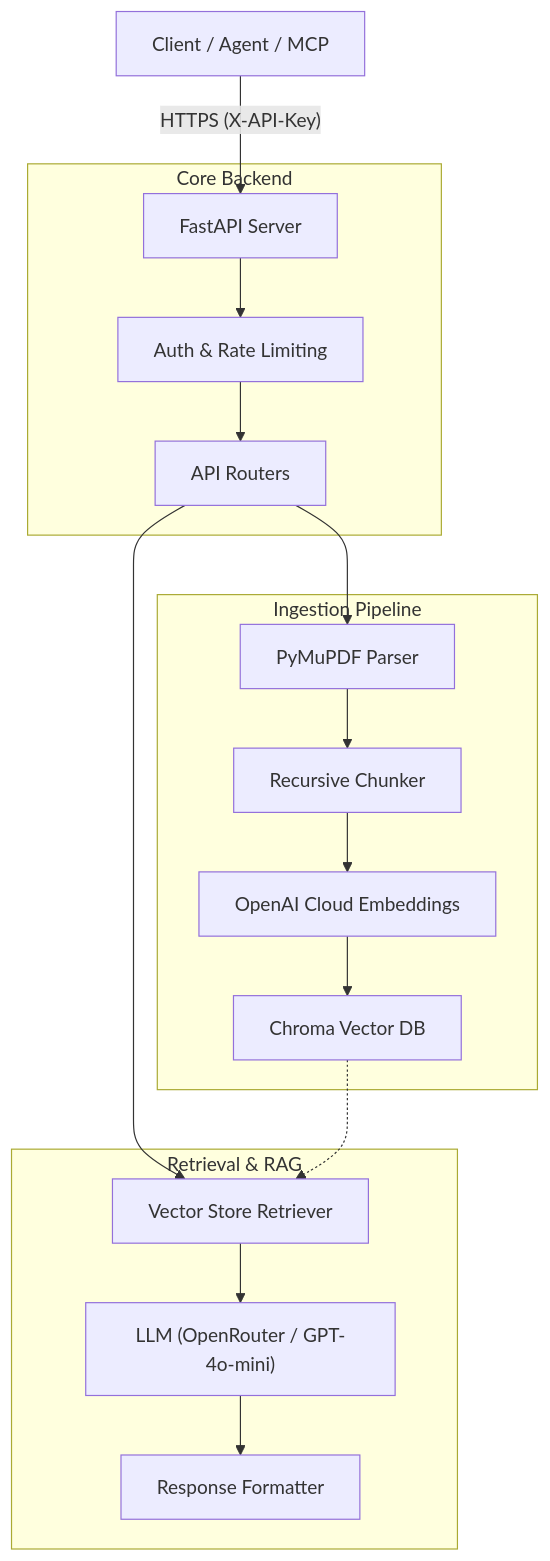
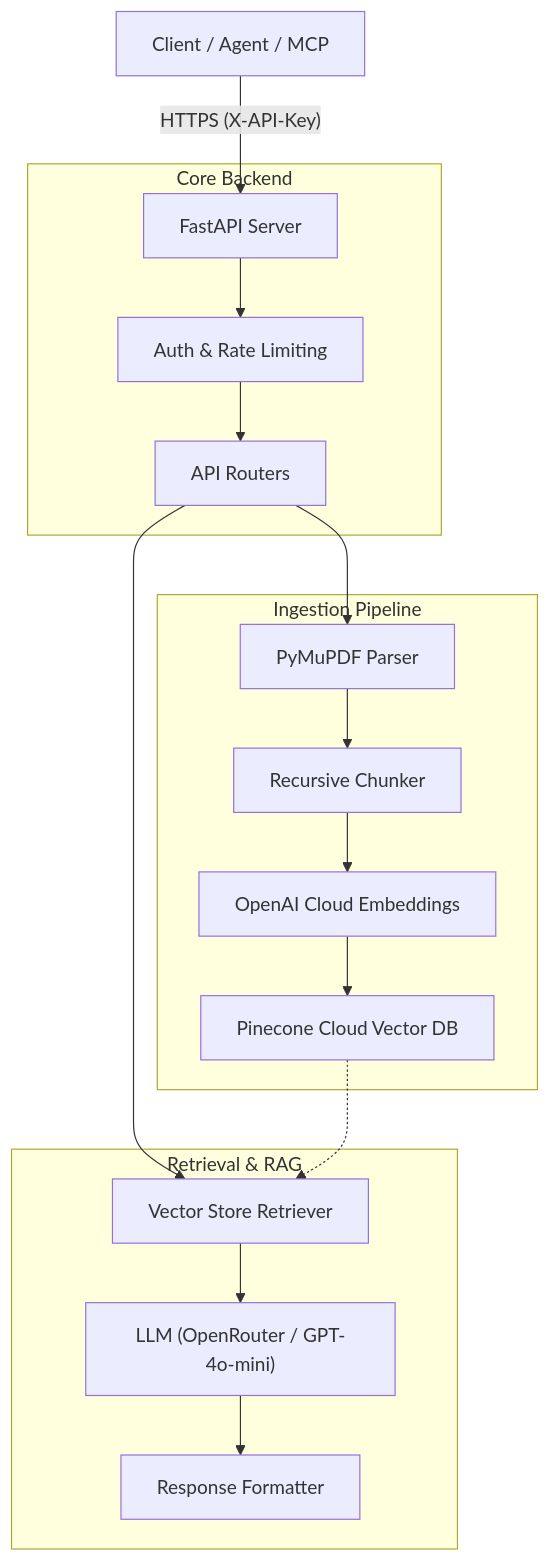
One commit to KolipakaRamesh/AIKnowledgeAssistantAPI changed the diagram in README.md. Above: the diagram before and after it, drawn with Mermaid. The commit also changed other lines of this file and 9 other files, not shown here.

Commit message:
Migration: Switch from ChromaDB to Pinecone Cloud Vector Store for Vercel compatibility

````diff
--- a/README.md
+++ b/README.md
@@ -9,24 +9,24 @@
 ```mermaid
 graph TD
     Client["Client / Agent / MCP"] -- "HTTPS (X-API-Key)" --> FastAPI["FastAPI Server"]
     
     subgraph "Core Backend"
         FastAPI --> Middleware["Auth & Rate Limiting"]
         Middleware --> Router["API Routers"]
     end
     
     subgraph "Ingestion Pipeline"
         Router --> Parser["PyMuPDF Parser"]
         Parser --> Chunker["Recursive Chunker"]
         Chunker --> Embedder["OpenAI Cloud Embeddings"]
-        Embedder --> Chroma["Chroma Vector DB"]
+        Embedder --> Pinecone["Pinecone Cloud Vector DB"]
     end
     
     subgraph "Retrieval & RAG"
         Router --> Retriever["Vector Store Retriever"]
         Retriever --> LLM["LLM (OpenRouter / GPT-4o-mini)"]
         LLM --> Formatter["Response Formatter"]
     end
     
-    Chroma -.-> Retriever
+    Pinecone -.-> Retriever
 ```
````
